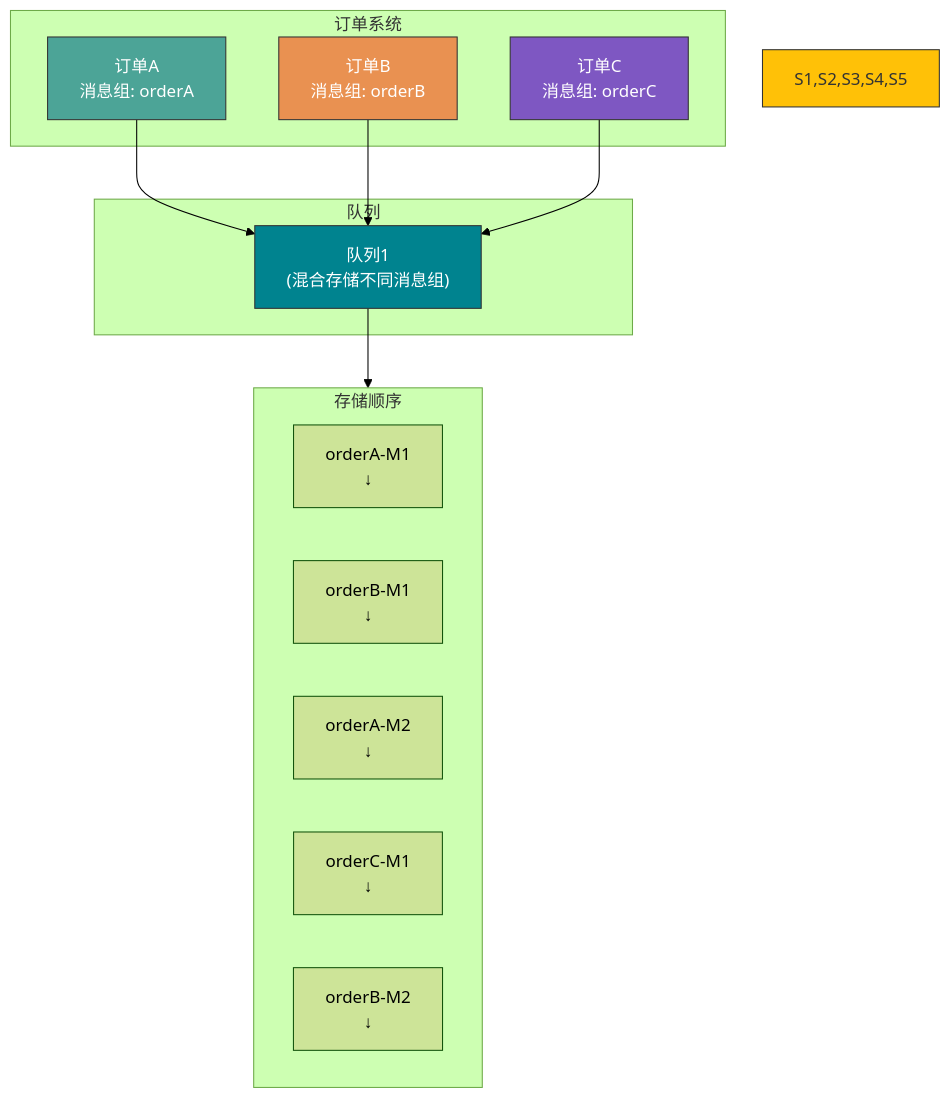
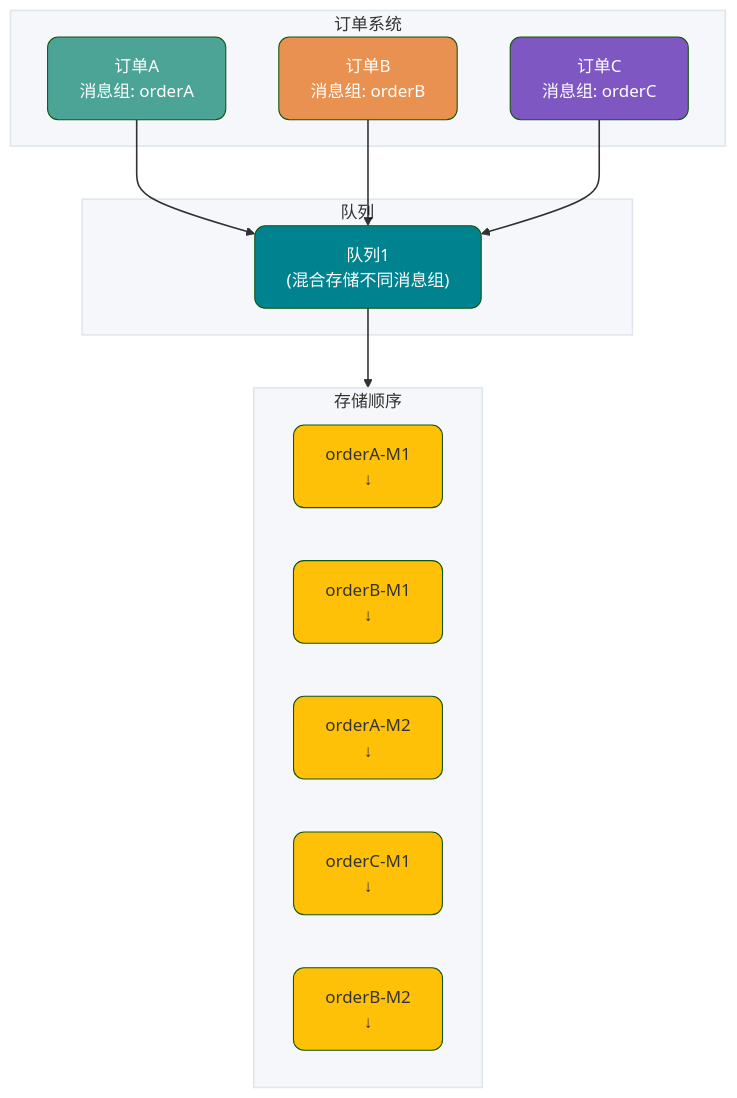
One commit to Snailclimb/JavaGuide changed diagram 11 of 13 in docs/high-performance/message-queue/rocketmq-questions.md. Above: the diagram before and after it, drawn with Mermaid (forest theme). The commit also changed other lines of this file and 7 other files, not shown here.

Commit message:
docs：mermaid 配图样式优化

````diff
--- a/docs/high-performance/message-queue/rocketmq-questions.md
+++ b/docs/high-performance/message-queue/rocketmq-questions.md
@@ -685,32 +739,43 @@
 ```mermaid
 flowchart TB
     subgraph Order["订单系统"]
+        style Order fill:#F5F7FA,stroke:#E0E6ED,stroke-width:1.5px
         O1["订单A<br/>消息组: orderA"]
         O2["订单B<br/>消息组: orderB"]
         O3["订单C<br/>消息组: orderC"]
     end
 
     subgraph Queue["队列"]
+        style Queue fill:#F5F7FA,stroke:#E0E6ED,stroke-width:1.5px
         Q["队列1<br/>(混合存储不同消息组)"]
     end
 
     subgraph Storage["存储顺序"]
+        style Storage fill:#F5F7FA,stroke:#E0E6ED,stroke-width:1.5px
         direction LR
         S1["orderA-M1<br/>↓"]
         S2["orderB-M1<br/>↓"]
         S3["orderA-M2<br/>↓"]
         S4["orderC-M1<br/>↓"]
         S5["orderB-M2<br/>↓"]
     end
 
     O1 --> Q
     O2 --> Q
     O3 --> Q
     Q --> Storage
 
-    style O1 fill:#4CA497,stroke:#333,color:#fff
-    style O2 fill:#E99151,stroke:#333,color:#fff
-    style O3 fill:#7E57C2,stroke:#333,color:#fff
-    style Q fill:#00838F,stroke:#333,color:#fff
-    style S1,S2,S3,S4,S5 fill:#FFC107,stroke:#333,color:#333
+    classDef orderA fill:#4CA497,color:#fff,rx:10,ry:10
+    classDef orderB fill:#E99151,color:#fff,rx:10,ry:10
+    classDef orderC fill:#7E57C2,color:#fff,rx:10,ry:10
+    classDef queue fill:#00838F,color:#fff,rx:10,ry:10
+    classDef storage fill:#FFC107,color:#333,rx:10,ry:10
+
+    class O1 orderA
+    class O2 orderB
+    class O3 orderC
+    class Q queue
+    class S1,S2,S3,S4,S5 storage
+
+    linkStyle default stroke-width:1.5px,opacity:0.8
 ```
````
